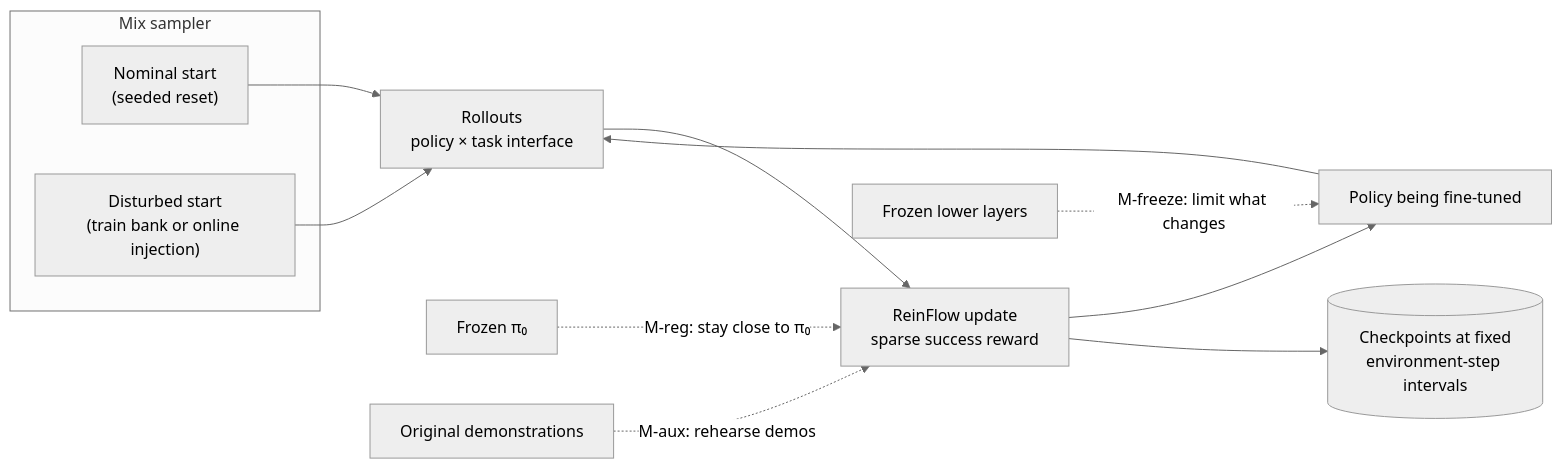
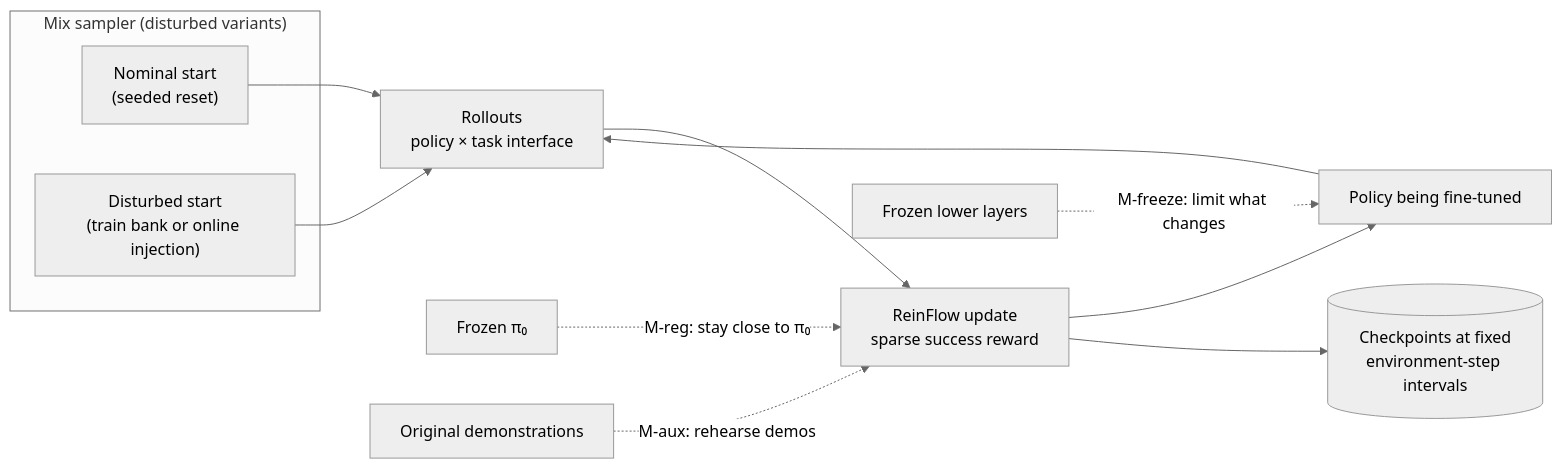
One commit to hongbinyang/afterslip changed the fifth of 8 diagrams in docs/architecture.md. Above: the diagram before and after it, drawn with Mermaid (neutral theme). The commit also changed other lines of this file, not shown here.

First line of the commit message:
Revise architecture overview after review

````diff
--- a/docs/architecture.md
+++ b/docs/architecture.md
@@ -152,16 +165,16 @@
 ```mermaid
 flowchart LR
-    subgraph Sampler["Mix sampler"]
+    subgraph Sampler["Mix sampler (disturbed variants)"]
         NOM["Nominal start<br/>(seeded reset)"]
         DIS["Disturbed start<br/>(train bank or online injection)"]
     end
     NOM --> ROLL
     DIS --> ROLL
     ROLL["Rollouts<br/>policy × task interface"] --> UPD["ReinFlow update<br/>sparse success reward"]
     UPD --> POLICY["Policy being fine-tuned"]
     POLICY --> ROLL
     PI0["Frozen π₀"] -. "M-reg: stay close to π₀" .-> UPD
     DEMOS["Original demonstrations"] -. "M-aux: rehearse demos" .-> UPD
     FREEZE["Frozen lower layers"] -. "M-freeze: limit what changes" .-> POLICY
     UPD --> CKPT[("Checkpoints at fixed<br/>environment-step intervals")]
 ```
````
